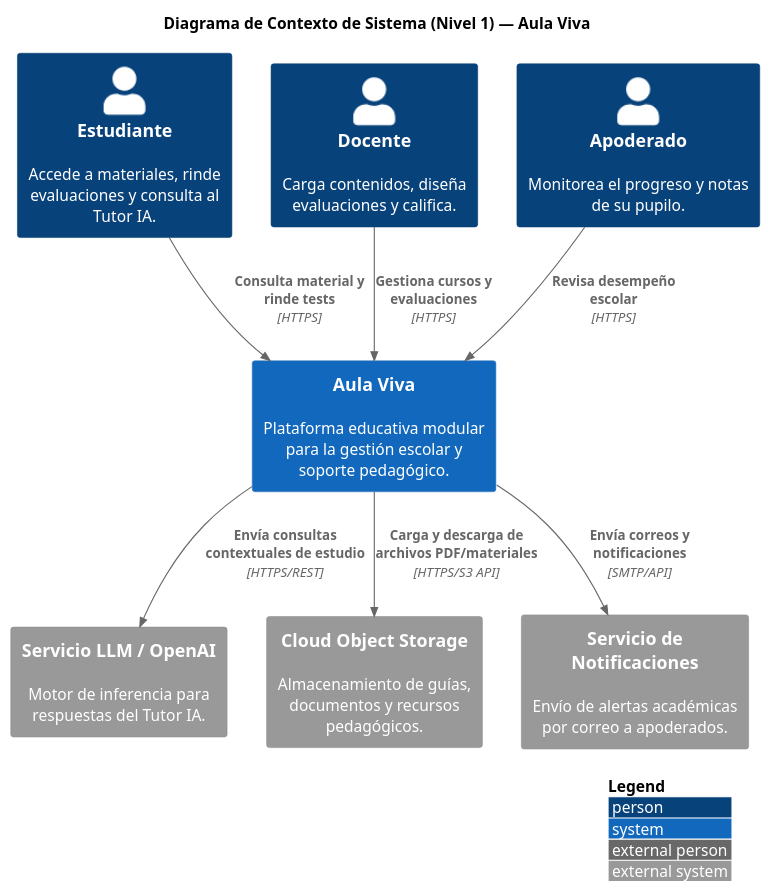
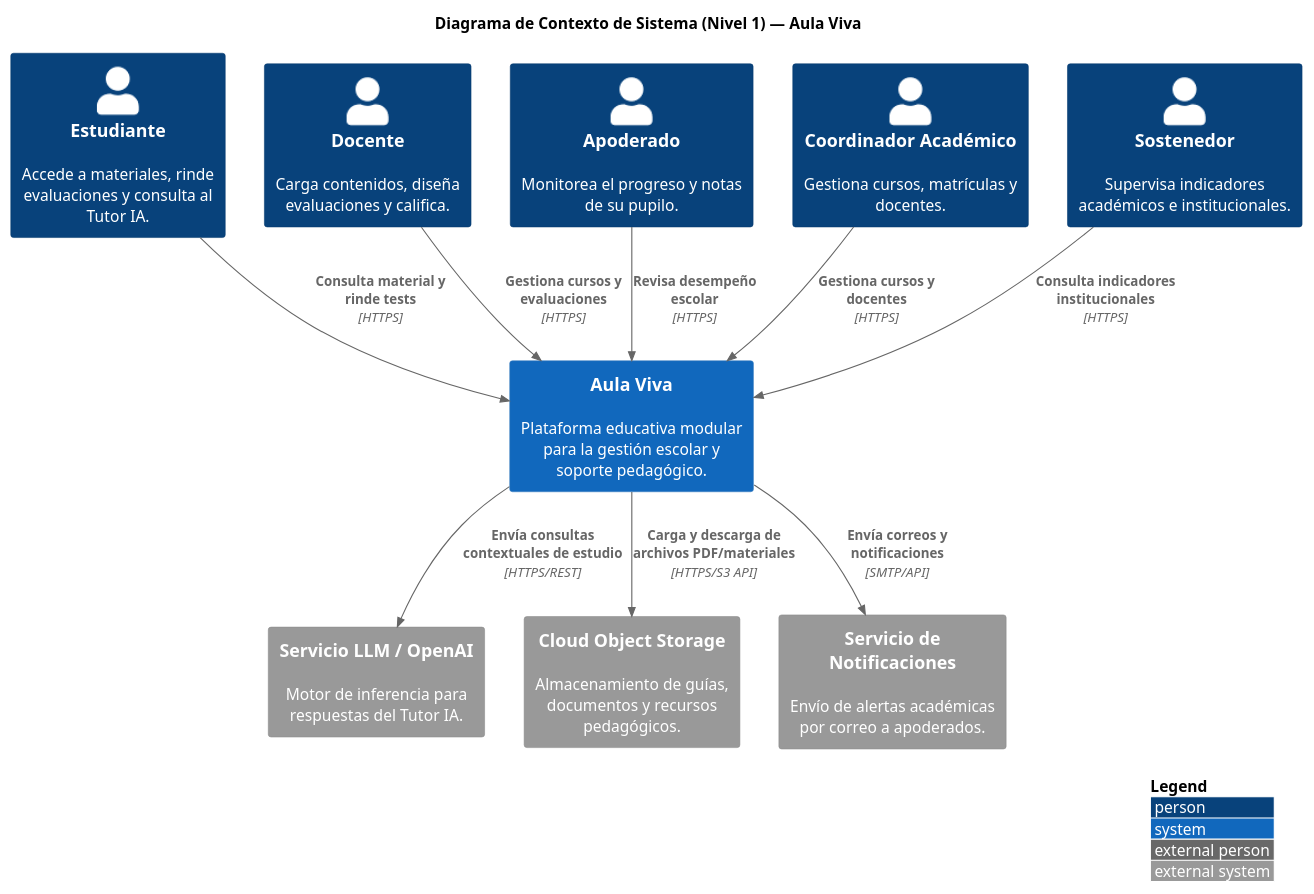
Before and after one commit to KulkatPOP/Equipo-AulaViva-: the diagram in docs/c4/l1-context.puml, drawn with PlantUML.

Commit message:
agregar codigo fuente C4 L1 (PlantUML)

```diff
--- a/docs/c4/l1-context.puml
+++ b/docs/c4/l1-context.puml
@@ -1,25 +1,30 @@
 @startuml C4_Nivel1_Contexto
 !include https://raw.githubusercontent.com/plantuml-stdlib/C4-PlantUML/master/C4_Context.puml
 
 LAYOUT_WITH_LEGEND()
 
 title Diagrama de Contexto de Sistema (Nivel 1) — Aula Viva
 
 Person(estudiante, "Estudiante", "Accede a materiales, rinde evaluaciones y consulta al Tutor IA.")
 Person(docente, "Docente", "Carga contenidos, diseña evaluaciones y califica.")
 Person(apoderado, "Apoderado", "Monitorea el progreso y notas de su pupilo.")
+Person(coordinador, "Coordinador Académico", "Gestiona cursos, matrículas y docentes.")
+Person(sostenedor, "Sostenedor", "Supervisa indicadores académicos e institucionales.")
 
 System(aulaviva, "Aula Viva", "Plataforma educativa modular para la gestión escolar y soporte pedagógico.")
 
 System_Ext(llm_service, "Servicio LLM / OpenAI", "Motor de inferencia para respuestas del Tutor IA.")
 System_Ext(storage_ext, "Cloud Object Storage", "Almacenamiento de guías, documentos y recursos pedagógicos.")
 System_Ext(smtp, "Servicio de Notificaciones", "Envío de alertas académicas por correo a apoderados.")
 
 Rel(estudiante, aulaviva, "Consulta material y rinde tests", "HTTPS")
 Rel(docente, aulaviva, "Gestiona cursos y evaluaciones", "HTTPS")
 Rel(apoderado, aulaviva, "Revisa desempeño escolar", "HTTPS")
+Rel(coordinador, aulaviva, "Gestiona cursos y docentes", "HTTPS")
+Rel(sostenedor, aulaviva, "Consulta indicadores institucionales", "HTTPS")
 
 Rel(aulaviva, llm_service, "Envía consultas contextuales de estudio", "HTTPS/REST")
 Rel(aulaviva, storage_ext, "Carga y descarga de archivos PDF/materiales", "HTTPS/S3 API")
 Rel(aulaviva, smtp, "Envía correos y notificaciones", "SMTP/API")
+
 @enduml
```
